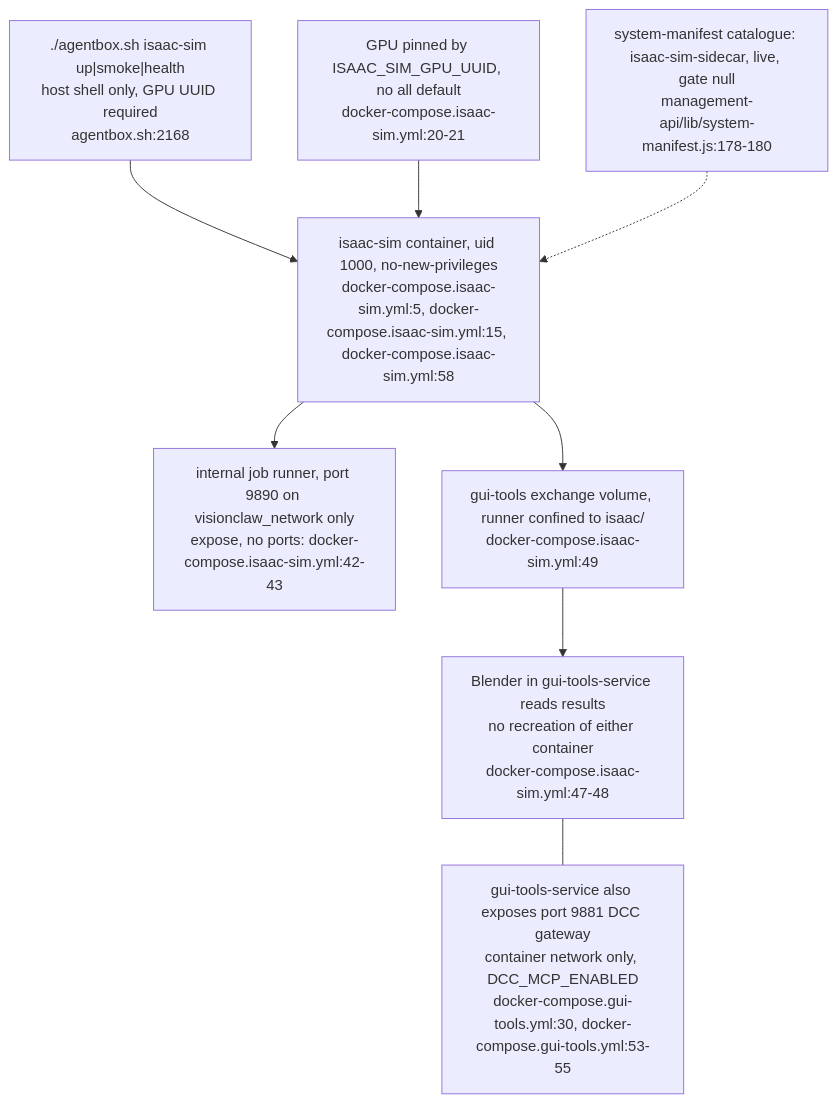
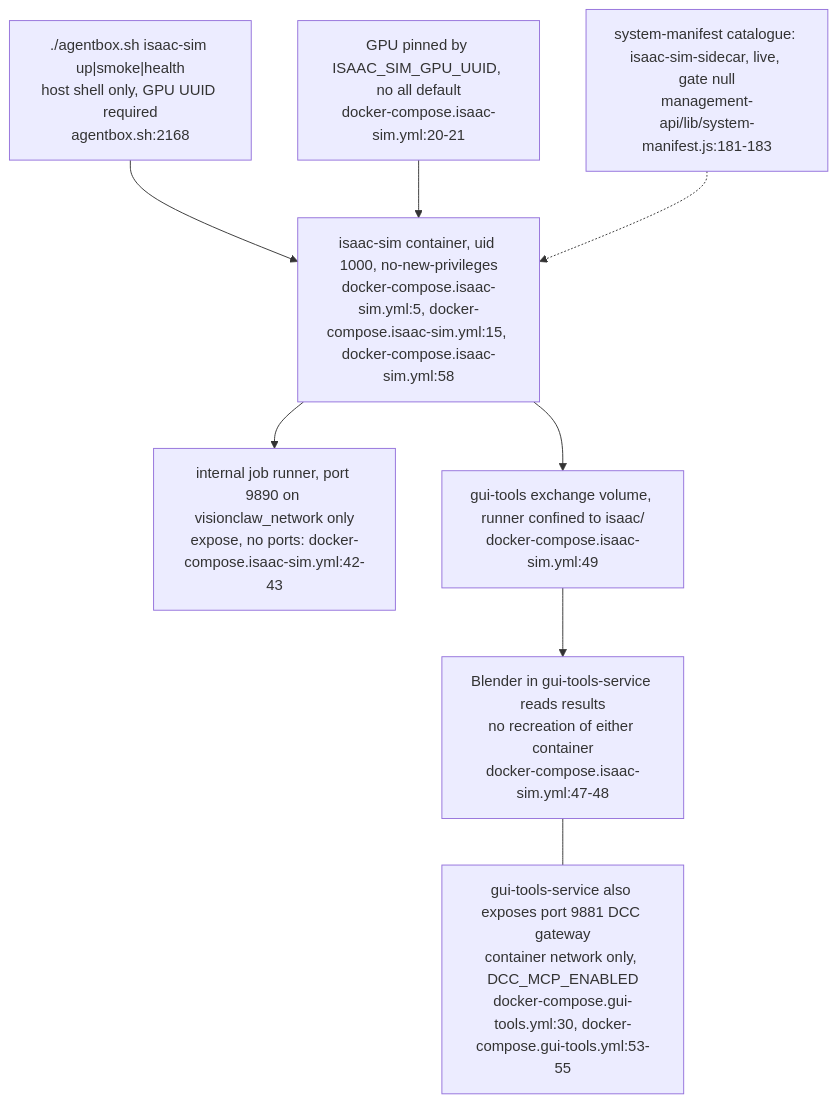
Before and after one commit to DreamLab-AI/VisionFlow: diagram 14 of 14 in docs/diagrams/agentbox/27-media-gpu-capability-services.md, drawn with Mermaid. The commit also changed other lines of this file and 36 other files, not shown here.

First line of the commit message:
docs(diagrams): re-derive and re-stamp agentbox, dream-engine, visioncraft, visiontouch and vowl topics; drop LAN addresses

````diff
--- a/docs/diagrams/agentbox/27-media-gpu-capability-services.md
+++ b/docs/diagrams/agentbox/27-media-gpu-capability-services.md
@@ -543,18 +543,18 @@
 ```mermaid
 flowchart TB
     CLI["./agentbox.sh isaac-sim up|smoke|health<br/>host shell only, GPU UUID required<br/>agentbox.sh:2168"]
     SVC["isaac-sim container, uid 1000, no-new-privileges<br/>docker-compose.isaac-sim.yml:5, docker-compose.isaac-sim.yml:15, docker-compose.isaac-sim.yml:58"]
     GPU["GPU pinned by ISAAC_SIM_GPU_UUID, no all default<br/>docker-compose.isaac-sim.yml:20-21"]
     RUN["internal job runner, port 9890 on visionclaw_network only<br/>expose, no ports: docker-compose.isaac-sim.yml:42-43"]
     VOL["gui-tools exchange volume, runner confined to isaac/<br/>docker-compose.isaac-sim.yml:49"]
     BLD["Blender in gui-tools-service reads results<br/>no recreation of either container<br/>docker-compose.isaac-sim.yml:47-48"]
     DCC["gui-tools-service also exposes port 9881 DCC gateway<br/>container network only, DCC_MCP_ENABLED<br/>docker-compose.gui-tools.yml:30, docker-compose.gui-tools.yml:53-55"]
-    CAT["system-manifest catalogue: isaac-sim-sidecar, live, gate null<br/>management-api/lib/system-manifest.js:178-180"]
+    CAT["system-manifest catalogue: isaac-sim-sidecar, live, gate null<br/>management-api/lib/system-manifest.js:181-183"]
     CLI --> SVC
     GPU --> SVC
     SVC --> RUN
     SVC --> VOL
     VOL --> BLD
     BLD --- DCC
     CAT -.-> SVC
 ```
````
